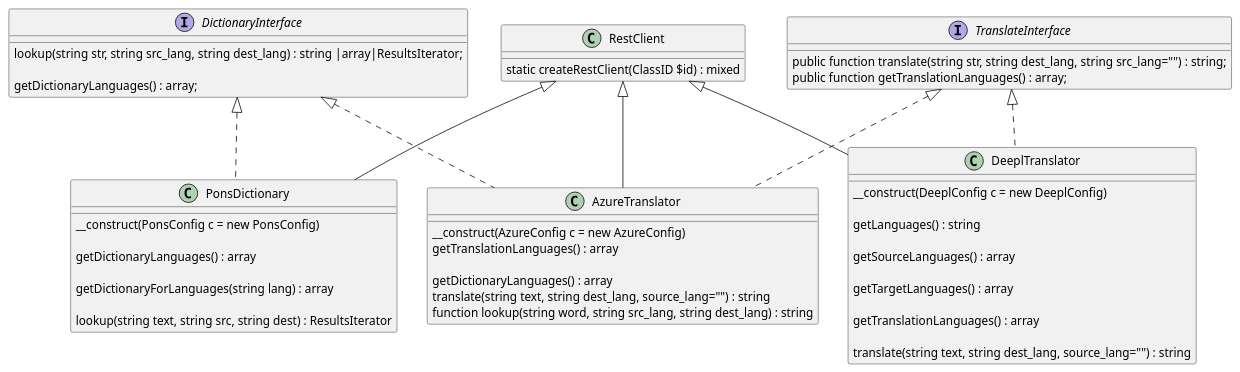
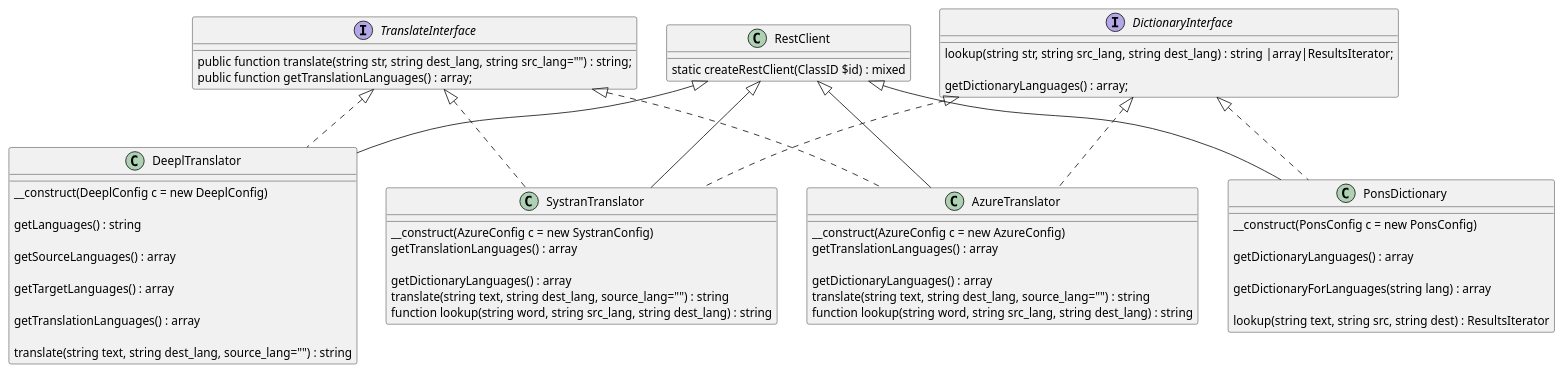
One commit to kurt-krueckeberg/php-translation-and-dictionary-rest-api-classes changed the diagram in plantuml/dict-trans-classes.puml. Above: the diagram before and after it, drawn with PlantUML.

```diff
--- a/plantuml/dict-trans-classes.puml
+++ b/plantuml/dict-trans-classes.puml
@@ -1,56 +1,70 @@
 interface TranslateInterface {
 
    public function translate(string str, string dest_lang, string src_lang="") : string; 
    public function getTranslationLanguages() : array;
 }
 
 interface DictionaryInterface {
    
    lookup(string str, string src_lang, string dest_lang) : string |array|ResultsIterator; 
 
    getDictionaryLanguages() : array;
 }
 
 class RestClient {
 
    static createRestClient(ClassID $id) : mixed
 }
 
 class AzureTranslator extends RestClient implements DictionaryInterface, TranslateInterface {
 
    __construct(AzureConfig c = new AzureConfig)
    
    getTranslationLanguages() : array
 
    getDictionaryLanguages() : array 
     
    translate(string text, string dest_lang, source_lang="") : string 
    
    function lookup(string word, string src_lang, string dest_lang) : string 
 }
 
 class DeeplTranslator extends RestClient implements TranslateInterface {
    
    __construct(DeeplConfig c = new DeeplConfig)
    
    getLanguages() : string
 
    getSourceLanguages() : array
 
    getTargetLanguages() : array
    
    getTranslationLanguages() : array
 
    translate(string text, string dest_lang, source_lang="") : string 
 }
 
+class SystranTranslator extends RestClient implements DictionaryInterface, TranslateInterface {
+
+   __construct(AzureConfig c = new SystranConfig)
+   
+   getTranslationLanguages() : array
+
+   getDictionaryLanguages() : array 
+    
+   translate(string text, string dest_lang, source_lang="") : string 
+   
+   function lookup(string word, string src_lang, string dest_lang) : string 
+}
+
+
 class PonsDictionary extends  RestClient implements DictionaryInterface {
 
    __construct(PonsConfig c = new PonsConfig)
 
    getDictionaryLanguages() : array 
 
    getDictionaryForLanguages(string lang) : array
 
    lookup(string text, string src, string dest) : ResultsIterator
 }
```
